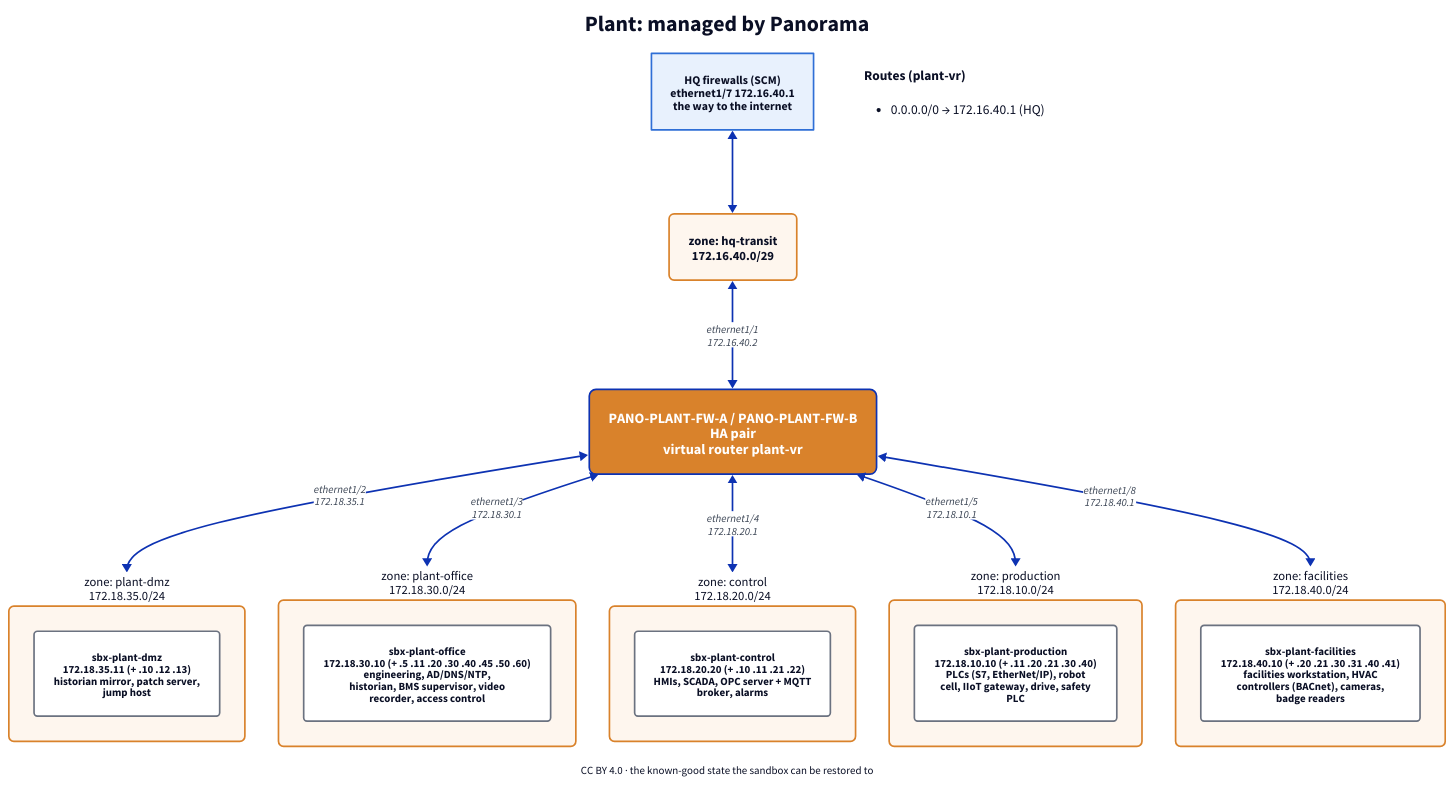
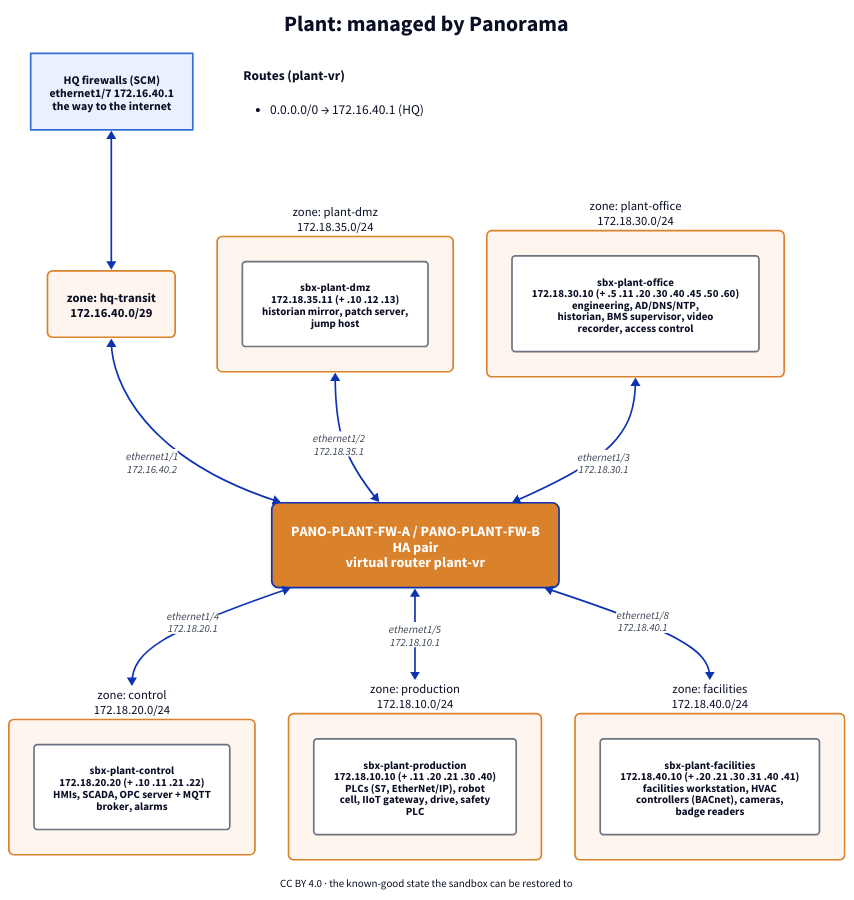
The diagram in drawings/plant.d2 (gegrsyn/SCMPro-Sandbox), drawn with D2 before and after one commit. The commit also changed 1 other file, not shown here.

Commit message:
Plant drawing in two rows so it is readable on one page

```diff
--- a/drawings/plant.d2
+++ b/drawings/plant.d2
@@ -1,49 +1,49 @@
 direction: down
 classes: {
   fw-scm: {style: {fill: "#2f6fd6"; font-color: "#ffffff"; font-size: 17; bold: true; border-radius: 8}}
   fw-pano: {style: {fill: "#d9822b"; font-color: "#ffffff"; font-size: 17; bold: true; border-radius: 8}}
   zone-scm: {style: {fill: "#eef4fd"; stroke: "#2f6fd6"; border-radius: 6; font-size: 15}}
   zone-pano: {style: {fill: "#fef6ee"; stroke: "#d9822b"; border-radius: 6; font-size: 15}}
   host: {style: {fill: "#ffffff"; stroke: "#6b7280"; font-size: 13; border-radius: 4}}
   site-scm: {style: {fill: "#e8f1fd"; stroke: "#2f6fd6"; font-size: 14}}
   site-pano: {style: {fill: "#fdf1e6"; stroke: "#d9822b"; font-size: 14}}
   link: {style: {font-size: 13; font-color: "#374151"}}
   vpn: {style: {stroke: "#7c3aed"; stroke-dash: 3; font-size: 13}}
 }
 title: "Plant: managed by Panorama" {near: top-center; shape: text; style: {font-size: 26; bold: true}}
 
 fw: "PANO-PLANT-FW-A / PANO-PLANT-FW-B\nHA pair\nvirtual router plant-vr" {class: fw-pano}
 up: "HQ firewalls (SCM)\nethernet1/7 172.16.40.1\nthe way to the internet" {class: site-scm}
 hq-transit: "zone: hq-transit\n172.16.40.0/29" {class: zone-pano}
 up <-> hq-transit
 hq-transit <-> fw: "ethernet1/1\n172.16.40.2" {class: link}
 plant-dmz: "zone: plant-dmz\n172.18.35.0/24" {
   class: zone-pano
   sbx-plant-dmz: "sbx-plant-dmz\n172.18.35.11  (+ .10 .12 .13)\nhistorian mirror, patch server,\njump host" {class: host}
 }
-fw <-> plant-dmz: "ethernet1/2\n172.18.35.1" {class: link}
+plant-dmz <-> fw: "ethernet1/2\n172.18.35.1" {class: link}
 plant-office: "zone: plant-office\n172.18.30.0/24" {
   class: zone-pano
   sbx-plant-office: "sbx-plant-office\n172.18.30.10  (+ .5 .11 .20 .30 .40 .45 .50 .60)\nengineering, AD/DNS/NTP,\nhistorian, BMS supervisor, video\nrecorder, access control" {class: host}
 }
-fw <-> plant-office: "ethernet1/3\n172.18.30.1" {class: link}
+plant-office <-> fw: "ethernet1/3\n172.18.30.1" {class: link}
 control: "zone: control\n172.18.20.0/24" {
   class: zone-pano
   sbx-plant-control: "sbx-plant-control\n172.18.20.20  (+ .10 .11 .21 .22)\nHMIs, SCADA, OPC server + MQTT\nbroker, alarms" {class: host}
 }
 fw <-> control: "ethernet1/4\n172.18.20.1" {class: link}
 production: "zone: production\n172.18.10.0/24" {
   class: zone-pano
   sbx-plant-production: "sbx-plant-production\n172.18.10.10  (+ .11 .20 .21 .30 .40)\nPLCs (S7, EtherNet/IP), robot\ncell, IIoT gateway, drive, safety\nPLC" {class: host}
 }
 fw <-> production: "ethernet1/5\n172.18.10.1" {class: link}
 facilities: "zone: facilities\n172.18.40.0/24" {
   class: zone-pano
   sbx-plant-facilities: "sbx-plant-facilities\n172.18.40.10  (+ .20 .21 .30 .31 .40 .41)\nfacilities workstation, HVAC\ncontrollers (BACnet), cameras,\nbadge readers" {class: host}
 }
 fw <-> facilities: "ethernet1/8\n172.18.40.1" {class: link}
 routes: |md
   **Routes (plant-vr)**
   - 0.0.0.0/0 → 172.16.40.1 (HQ)
 |
 foot: "CC BY 4.0 · the known-good state the sandbox can be restored to" {shape: text; near: bottom-center; style.font-size: 13}
```
